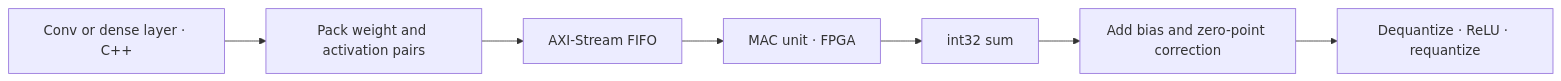
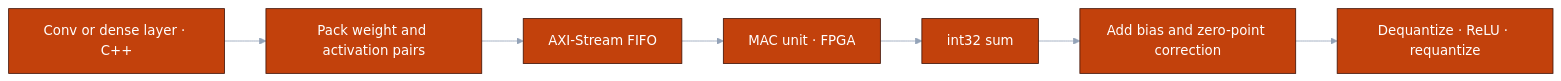
Before and after one commit to devjwk/cpre487lab5: the second of 2 diagrams in README.md, drawn with Mermaid. The commit also changed other lines of this file and 1 other file, not shown here.

Commit message:
Add concept banner and color theme to README

````diff
--- a/README.md
+++ b/README.md
@@ -56,9 +53,10 @@
 ```mermaid
+%%{init: {"theme": "base", "themeVariables": {"primaryColor": "#C2410C", "primaryTextColor": "#ffffff", "primaryBorderColor": "#431407", "lineColor": "#94A3B8", "secondaryColor": "#C2410C", "tertiaryColor": "#431407", "clusterBkg": "#F8FAFC", "clusterBorder": "#94A3B8", "edgeLabelBackground": "#F1F5F9", "fontFamily": "ui-sans-serif, system-ui, sans-serif"}}}%%
 flowchart LR
     L["Conv or dense layer · C++"] --> K["Pack weight and activation pairs"]
     K --> F["AXI-Stream FIFO"]
     F --> M["MAC unit · FPGA"]
     M --> R["int32 sum"]
     R --> B["Add bias and zero-point correction"]
     B --> Q["Dequantize · ReLU · requantize"]
 ```
````
